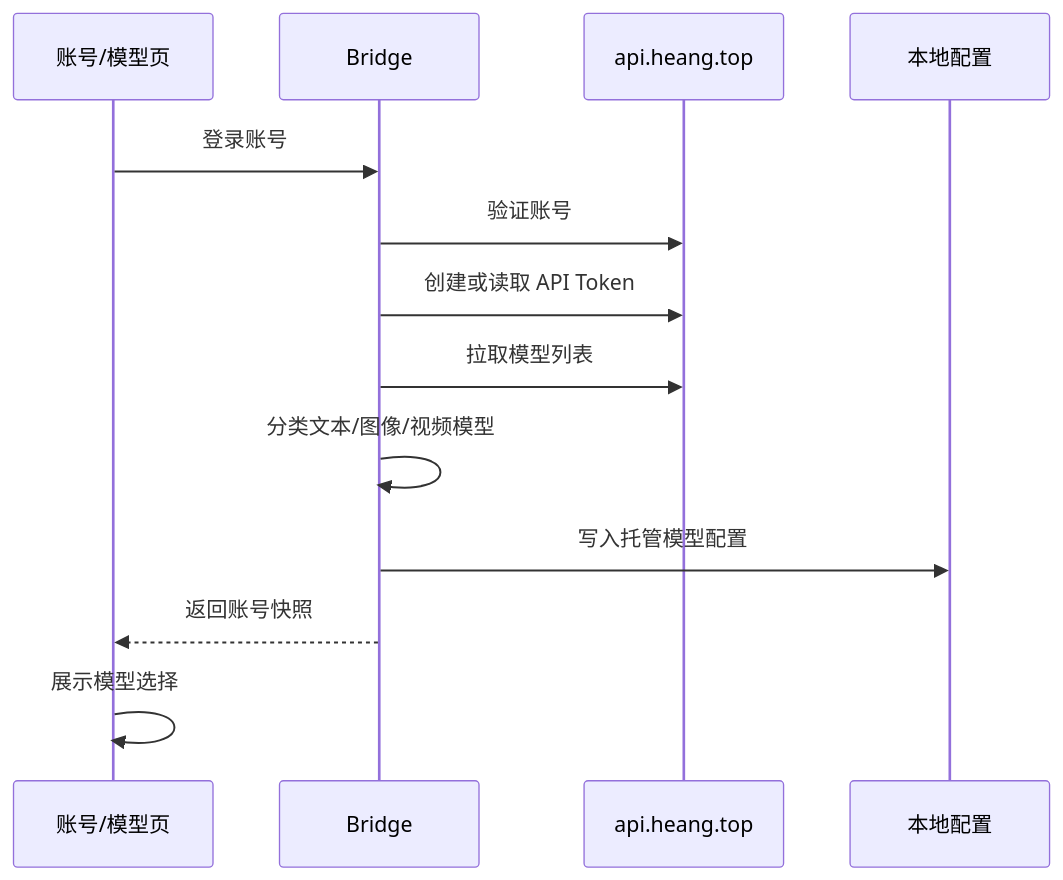
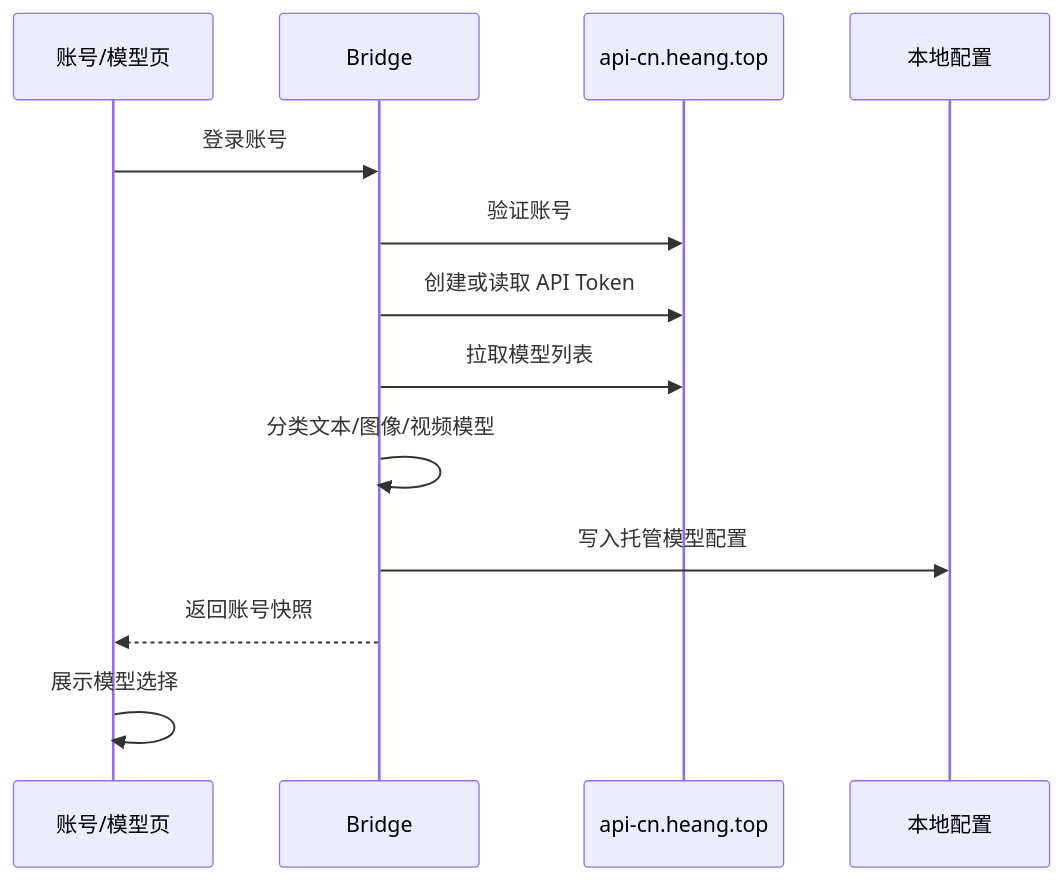
Before and after one commit to rfdiosuao/lumi: the fourth of 6 diagrams in docs/LOOM_CORE_ARCHITECTURE.md, drawn with Mermaid. The commit also changed other lines of this file and 29 other files, not shown here.

````diff
--- a/docs/LOOM_CORE_ARCHITECTURE.md
+++ b/docs/LOOM_CORE_ARCHITECTURE.md
@@ -404,16 +404,16 @@
 ```mermaid
 sequenceDiagram
   participant UI as 账号/模型页
   participant Bridge as Bridge
-  participant NewAPI as api.heang.top
+  participant NewAPI as api-cn.heang.top
   participant Config as 本地配置
 
   UI->>Bridge: 登录账号
   Bridge->>NewAPI: 验证账号
   Bridge->>NewAPI: 创建或读取 API Token
   Bridge->>NewAPI: 拉取模型列表
   Bridge->>Bridge: 分类文本/图像/视频模型
   Bridge->>Config: 写入托管模型配置
   Bridge-->>UI: 返回账号快照
   UI->>UI: 展示模型选择
 ```
````
